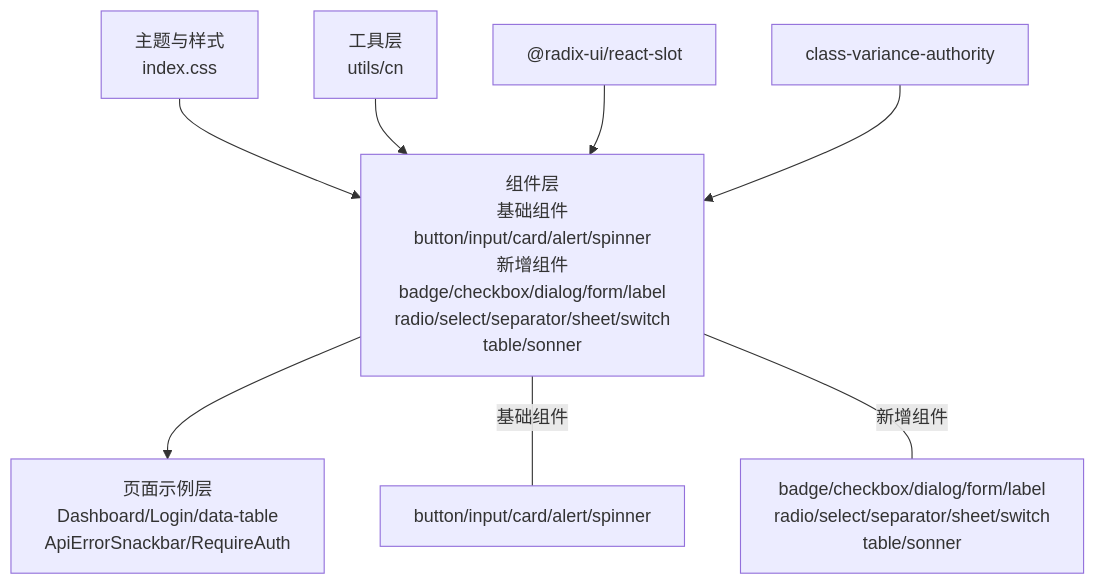
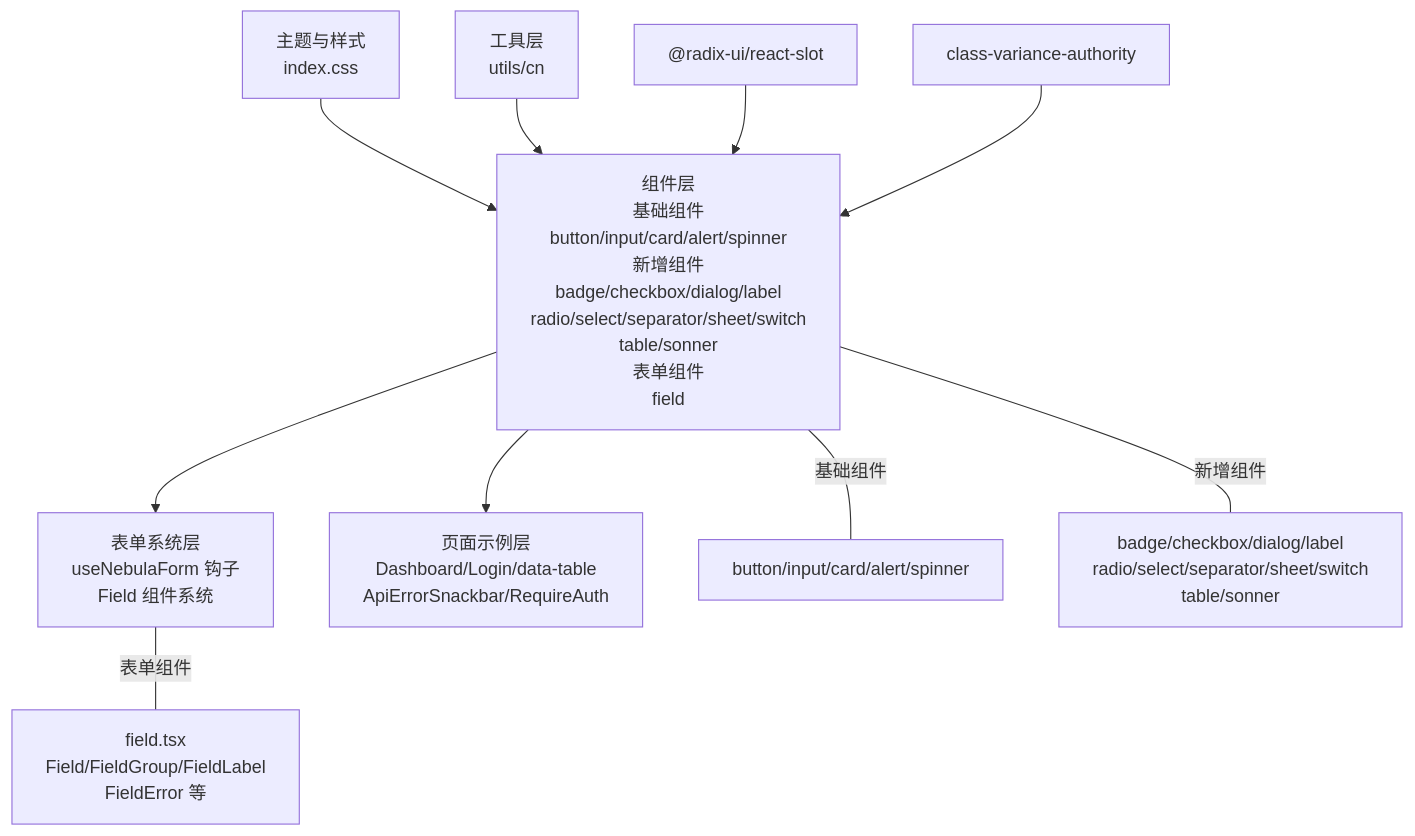
Before and after one commit to translateServers/nodes-stack: the second of 11 diagrams in .qoder/repowiki/zh/content/前端系统/UI 组件库/UI 组件库.md, drawn with Mermaid. The commit also changed other lines of this file and 17 other files, not shown here.

````diff
--- a/.qoder/repowiki/zh/content/前端系统/UI 组件库/UI 组件库.md
+++ b/.qoder/repowiki/zh/content/前端系统/UI 组件库/UI 组件库.md
@@ -319,10 +309,12 @@
 ```mermaid
 graph TB
-THEME["主题与样式<br/>index.css"] --> LAYER1["组件层<br/>基础组件<br/>button/input/card/alert/spinner<br/>新增组件<br/>badge/checkbox/dialog/form/label<br/>radio/select/separator/sheet/switch<br/>table/sonner"]
+THEME["主题与样式<br/>index.css"] --> LAYER1["组件层<br/>基础组件<br/>button/input/card/alert/spinner<br/>新增组件<br/>badge/checkbox/dialog/label<br/>radio/select/separator/sheet/switch<br/>table/sonner<br/>表单组件<br/>field"]
 UTIL["工具层<br/>utils/cn"] --> LAYER1
 RADIX["@radix-ui/react-slot"] --> LAYER1
 CVAVA["class-variance-authority"] --> LAYER1
+LAYER1 --> FORM["表单系统层<br/>useNebulaForm 钩子<br/>Field 组件系统"]
 LAYER1 --> PAGES["页面示例层<br/>Dashboard/Login/data-table<br/>ApiErrorSnackbar/RequireAuth"]
 LAYER1 ---|"基础组件"| BASE["button/input/card/alert/spinner"]
-LAYER1 ---|"新增组件"| NEW["badge/checkbox/dialog/form/label<br/>radio/select/separator/sheet/switch<br/>table/sonner"]
+LAYER1 ---|"新增组件"| NEW["badge/checkbox/dialog/label<br/>radio/select/separator/sheet/switch<br/>table/sonner"]
+FORM ---|"表单组件"| FIELDCOMP["field.tsx<br/>Field/FieldGroup/FieldLabel<br/>FieldError 等"]
 ```
````
